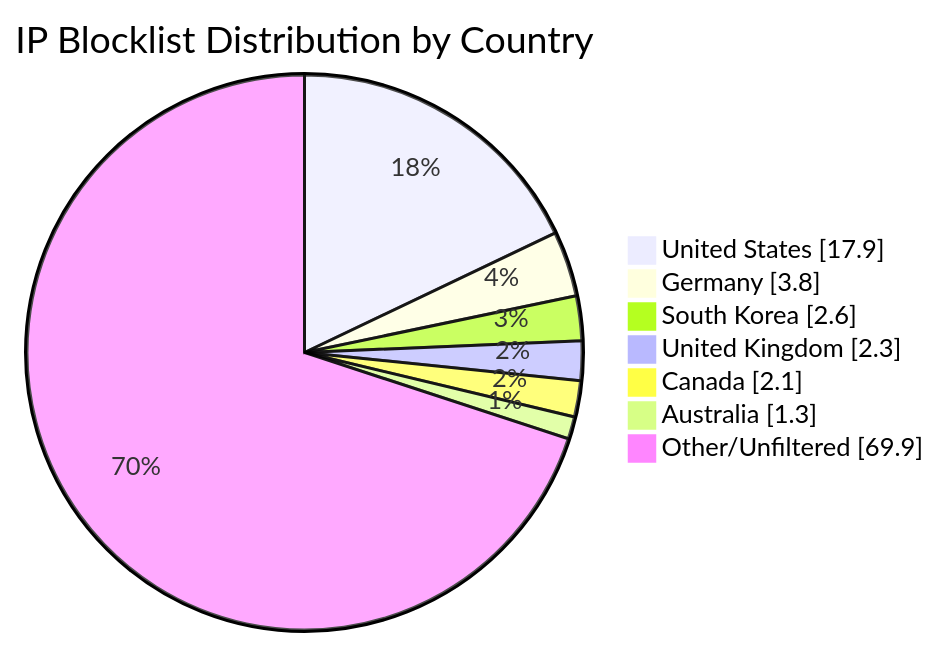
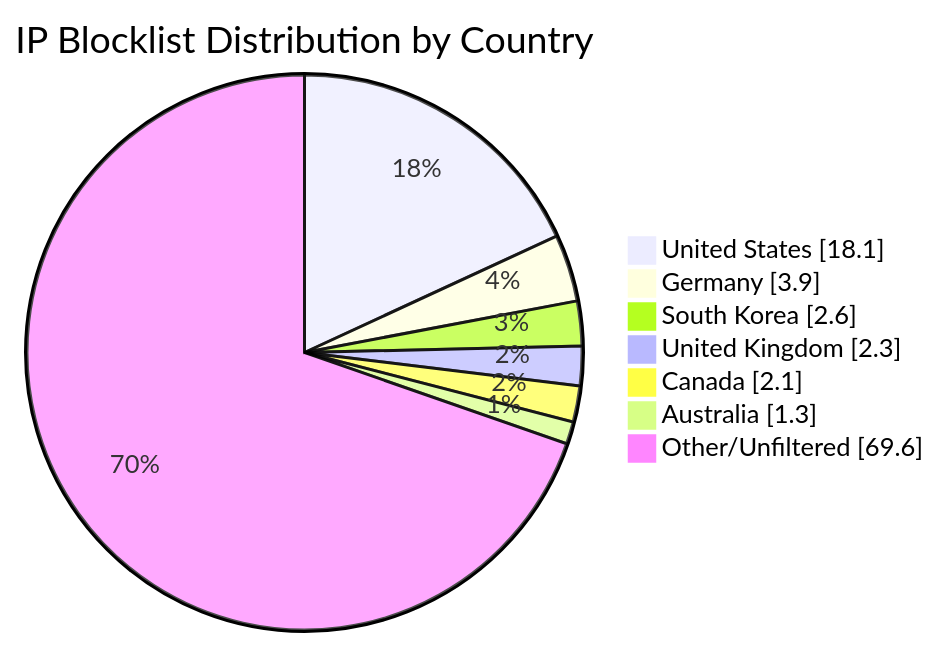
Before and after one commit to MarcusHoltz/ipblocklist-geofiltered-aggregator: the diagram in README.md, drawn with Mermaid. The commit also changed other lines of this file and 9 other files, not shown here.

````diff
--- a/README.md
+++ b/README.md
@@ -34,10 +34,10 @@
 ```mermaid
 pie showData title IP Blocklist Distribution by Country
-"United States" : 17.9
-"Germany" : 3.8
+"United States" : 18.1
+"Germany" : 3.9
 "South Korea" : 2.6
 "United Kingdom" : 2.3
 "Canada" : 2.1
 "Australia" : 1.3
-"Other/Unfiltered" : 69.9
+"Other/Unfiltered" : 69.6
 ```
````
